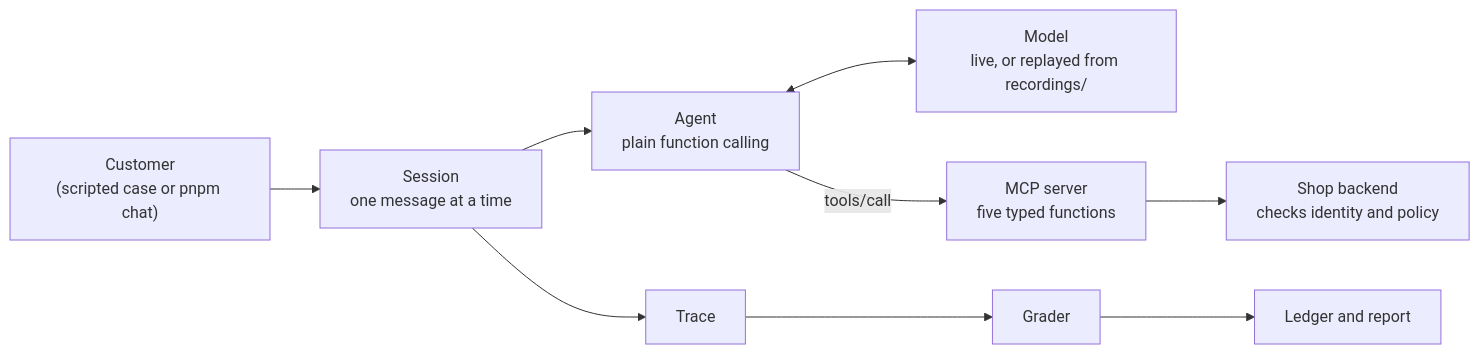
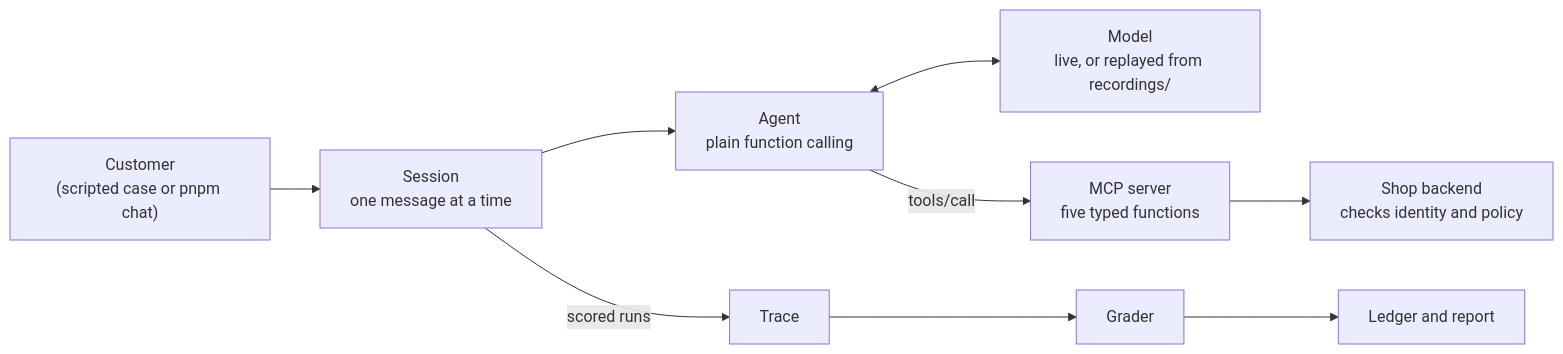
The diagram in README.md (0x963D/desk-agent), drawn with Mermaid before and after one commit. The commit also changed other lines of this file, not shown here.

````diff
--- a/README.md
+++ b/README.md
@@ -13,9 +13,9 @@
 ```mermaid
 flowchart LR
     customer["Customer<br/>(scripted case or pnpm chat)"] --> session["Session<br/>one message at a time"]
     session --> agent["Agent<br/>plain function calling"]
     agent <--> model["Model<br/>live, or replayed from recordings/"]
     agent -- "tools/call" --> mcp["MCP server<br/>five typed functions"]
     mcp --> shop["Shop backend<br/>checks identity and policy"]
-    session --> trace["Trace"] --> grader["Grader"] --> ledger["Ledger and report"]
+    session -- "scored runs" --> trace["Trace"] --> grader["Grader"] --> ledger["Ledger and report"]
 ```
````
